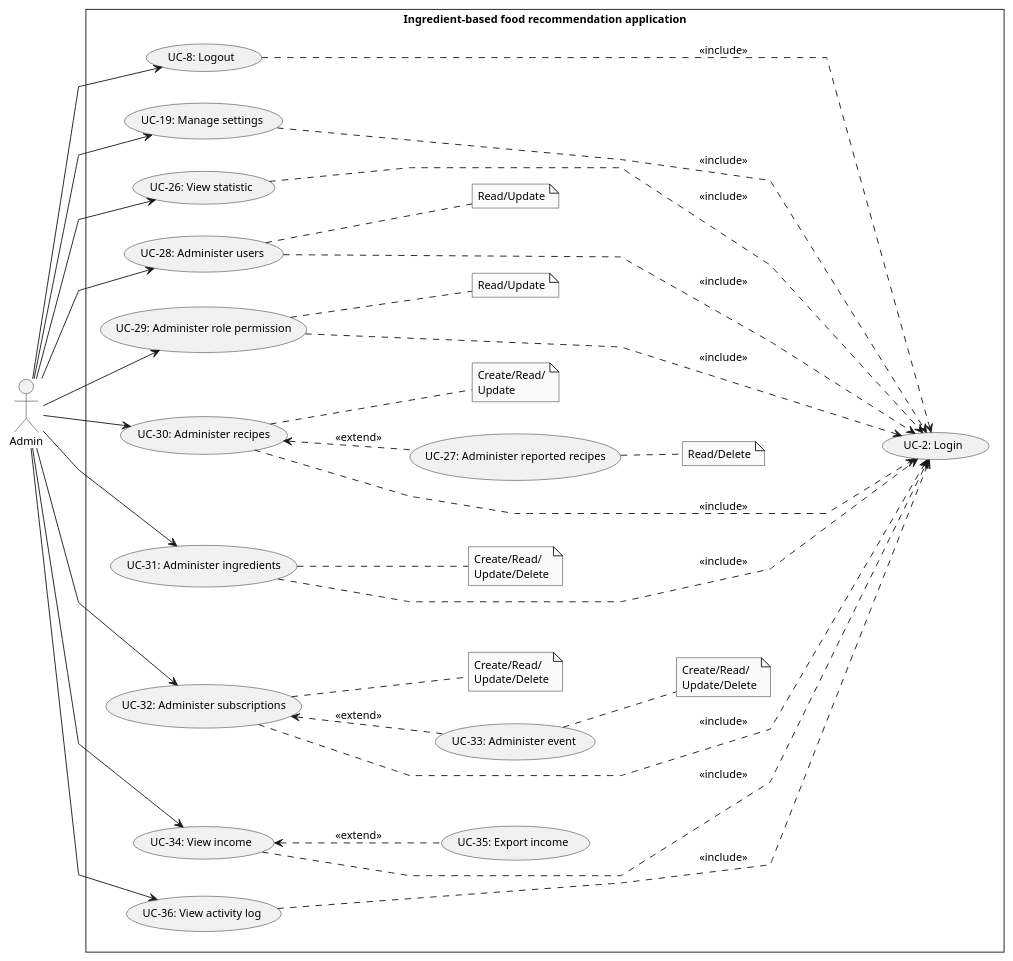
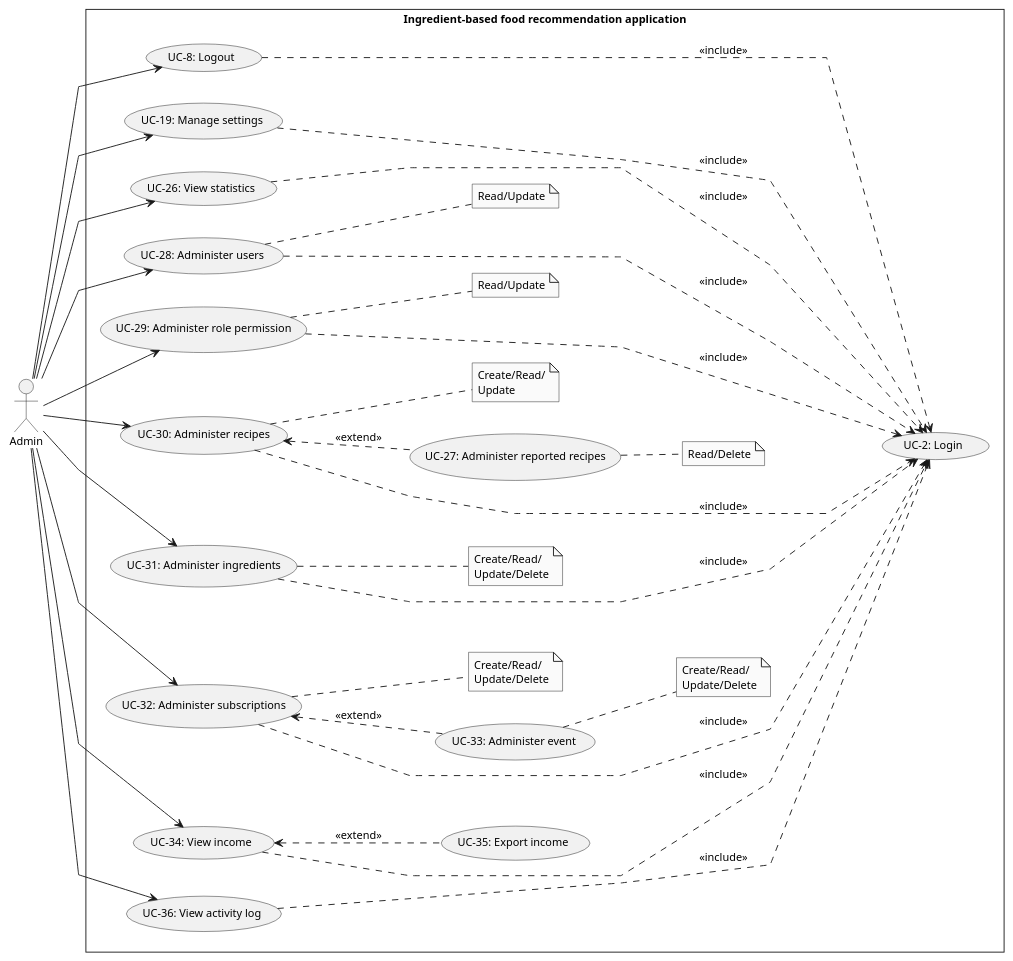
Before and after one commit to Carl-Johnsons/tastopia: the diagram in doc/SRS/Usecase/AdminUsecase/AdminUsecase.plantuml, drawn with PlantUML. The commit also changed 1 other file, not shown here.

```diff
--- a/doc/SRS/Usecase/AdminUsecase/AdminUsecase.plantuml
+++ b/doc/SRS/Usecase/AdminUsecase/AdminUsecase.plantuml
@@ -1,69 +1,69 @@
 @startuml AdminUsecase
 skinparam style strictuml
 skinparam monochrome true
 skinparam linetype polyline
 skinparam defaultFontSize 12
 left to right direction
 actor "Admin" as admin
 ' actor "Admin" as admin
 rectangle Ingredient-based<U+0020>food<U+0020>recommendation<U+0020>application {
     usecase "UC-2: Login" as ucLogin
     usecase "UC-8: Logout" as ucLogout
     usecase "UC-19: Manage settings" as ucManageSetting
 
 
-    usecase "UC-26: View statistic" as ucViewStatistic
+    usecase "UC-26: View statistics" as ucViewStatistic
     usecase "UC-27: Administer reported recipes" as ucAdmReportedRepices
     usecase "UC-28: Administer users" as ucAdmUser
     usecase "UC-29: Administer role permission" as ucAdmRolePermis
     usecase "UC-30: Administer recipes" as ucAdmRecipe
     usecase "UC-31: Administer ingredients" as ucAdmIngre
     usecase "UC-32: Administer subscriptions" as ucAdmSubcript
     usecase "UC-33: Administer event" as ucAdmEvent
     usecase "UC-34: View income" as ucViewIncome
     usecase "UC-35: Export income" as ucExportIncome
     usecase "UC-36: View activity log" as ucViewActivityLog
 
 
     note "Read/Update" as noteAdmUser
     note "Create/Read/\nUpdate" as noteAdmRecipe
     note "Create/Read/\nUpdate/Delete" as noteAdmIngre
     note "Create/Read/\nUpdate/Delete" as noteAdmSubcipt
     note "Create/Read/\nUpdate/Delete" as noteAdmEvent
     note "Read/Delete" as noteAdmReportedRecipes
     note "Read/Update" as noteAmdRolePermis
 
     admin --> ucAdmUser
         ucAdmUser .. noteAdmUser
     admin --> ucAdmRecipe
         ucAdmRecipe <.. ucAdmReportedRepices : <<extend>>
             ucAdmReportedRepices .. noteAdmReportedRecipes
         ucAdmRecipe .. noteAdmRecipe
     admin --> ucAdmIngre
         ucAdmIngre .. noteAdmIngre
     admin --> ucAdmRolePermis
         ucAdmRolePermis .. noteAmdRolePermis
     admin --> ucAdmSubcript
         ucAdmSubcript <.. ucAdmEvent : <<extend>>
             ucAdmEvent .. noteAdmEvent
         ucAdmSubcript .. noteAdmSubcipt
     admin --> ucViewStatistic
     admin --> ucViewIncome
         ucViewIncome <.. ucExportIncome : <<extend>>
     admin --> ucViewActivityLog
     admin --> ucManageSetting
     admin --> ucLogout
 
     ucLogout .....> ucLogin : <<include>>
     ucViewStatistic .....> ucLogin : <<include>>
     ucAdmUser .....> ucLogin : <<include>>
     ucAdmRolePermis .....> ucLogin : <<include>>
     ucAdmRecipe .....> ucLogin : <<include>>
     ucAdmIngre .....> ucLogin : <<include>>
     ucAdmSubcript .....> ucLogin : <<include>>
     ucViewIncome .....> ucLogin : <<include>>
     ucManageSetting .....> ucLogin : <<include>>
     ucViewActivityLog .....> ucLogin : <<include>>
 }
 
 @enduml
```
